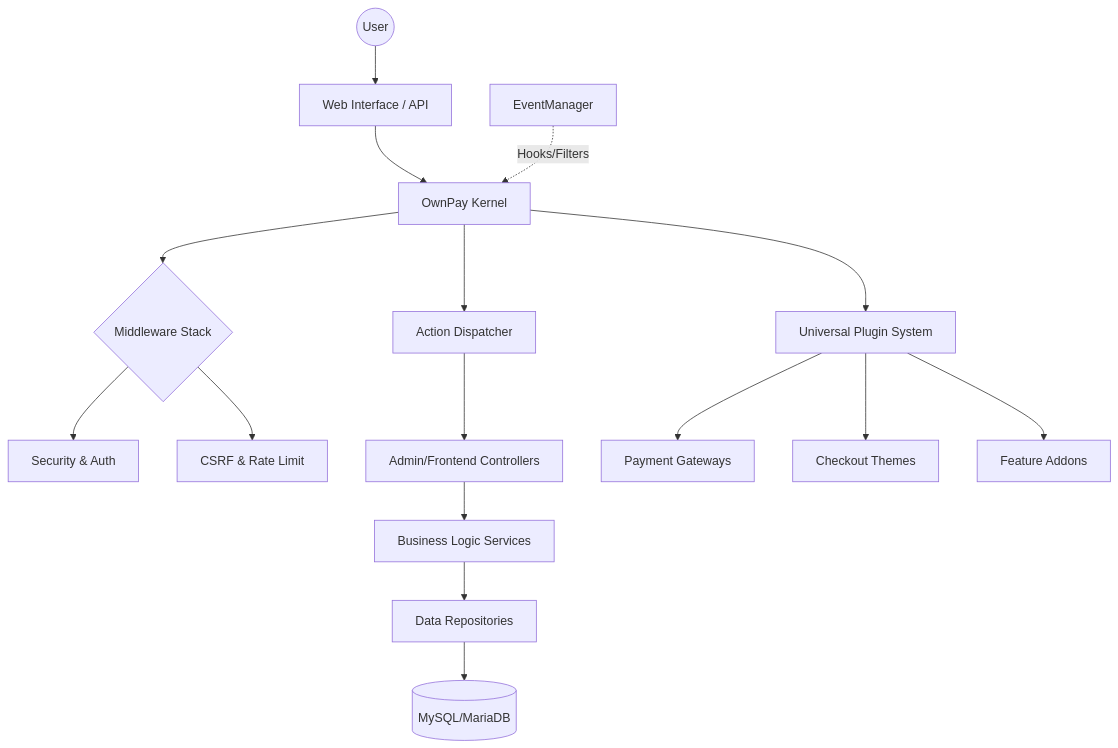
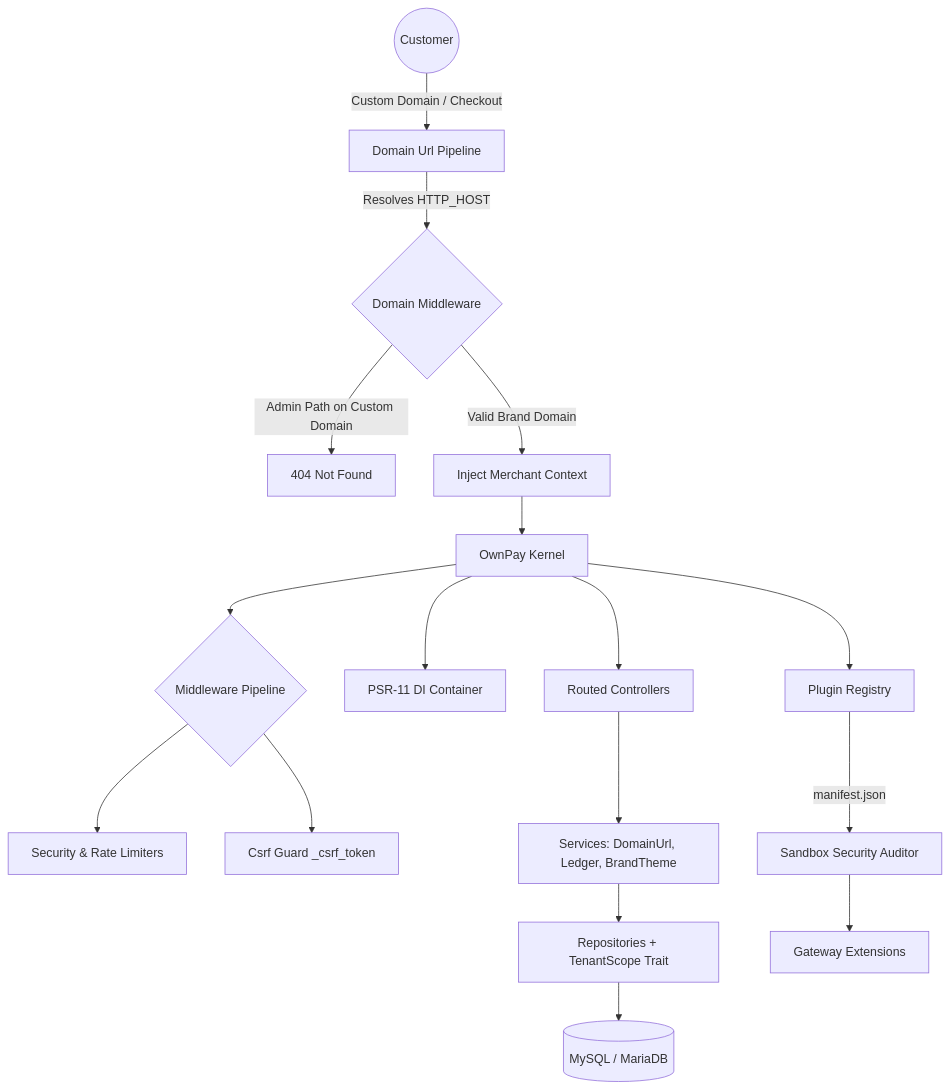
One commit to own-pay/OwnPay changed the diagram in README.md. Above: the diagram before and after it, drawn with Mermaid. The commit also changed other lines of this file and 22 other files, not shown here.

First line of the commit message:
feat: Add product roadmap for OwnPay with detailed release phases and timelines

````diff
--- a/README.md
+++ b/README.md
@@ -76,20 +106,23 @@
 ```mermaid
 graph TD
-    User((User)) --> Web[Web Interface / API]
-    Web --> Kernel[OwnPay Kernel]
-    Kernel --> Middleware{Middleware Stack}
-    Middleware --> Auth[Security & Auth]
-    Middleware --> CSRF[CSRF & Rate Limit]
-    Kernel --> Router[Action Dispatcher]
-    Router --> Controller[Admin/Frontend Controllers]
-    Controller --> Service[Business Logic Services]
-    Service --> Repository[Data Repositories]
-    Repository --> DB[(MySQL/MariaDB)]
+    User((Customer)) -->|Custom Domain / Checkout| Web[Domain Url Pipeline]
+    Web -->|Resolves HTTP_HOST| DomainMiddleware{Domain Middleware}
+    DomainMiddleware -->|Admin Path on Custom Domain| Deny[404 Not Found]
+    DomainMiddleware -->|Valid Brand Domain| TenantScope[Inject Merchant Context]
+    TenantScope --> Kernel[OwnPay Kernel]
     
-    Kernel --> Plugins[Universal Plugin System]
-    Plugins --> Gateways[Payment Gateways]
-    Plugins --> Themes[Checkout Themes]
-    Plugins --> Addons[Feature Addons]
+    Kernel --> Middleware{Middleware Pipeline}
+    Middleware --> Auth[Security & Rate Limiters]
+    Middleware --> CSRF[Csrf Guard _csrf_token]
     
-    Event[EventManager] -.-> |Hooks/Filters| Kernel
+    Kernel --> DI[PSR-11 DI Container]
+    Kernel --> Controller[Routed Controllers]
+    
+    Controller --> Service[Services: DomainUrl, Ledger, BrandTheme]
+    Service --> Repositories[Repositories + TenantScope Trait]
+    Repositories --> DB[(MySQL / MariaDB)]
+    
+    Kernel --> Plugins[Plugin Registry]
+    Plugins --> |manifest.json| Sandbox[Sandbox Security Auditor]
+    Sandbox --> Gateways[Gateway Extensions]
 ```
````
